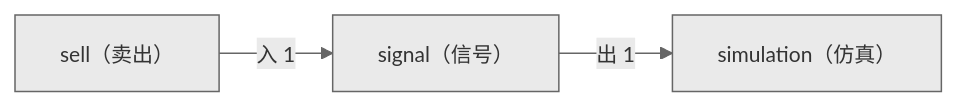
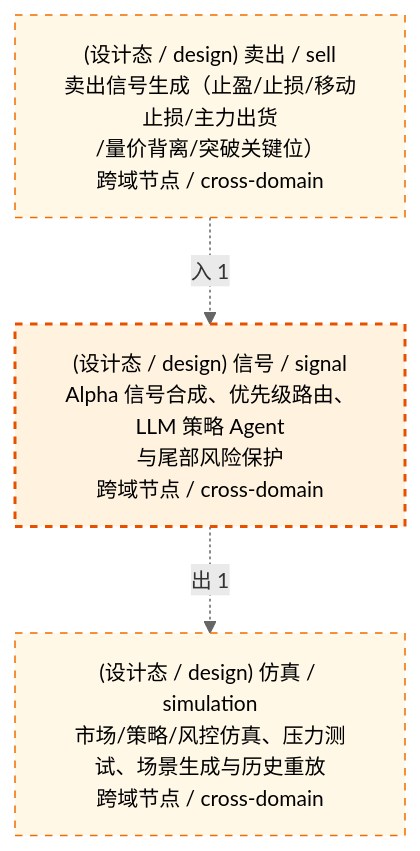
The third of 3 diagrams in docs/02_enterprise_architecture/06_decision_architecture/11_decision_l2a_signal.md (xuanFelixVan/ZephyrAlpha), drawn with Mermaid before and after one commit. The commit also changed other lines of this file and 23 other files, not shown here.

First line of the commit message:
feat(decisiongraph): 决策流图生成器模板 V1.2 全面升级——严格三视图+四要素标签+classDef四色+HTML联动

````diff
--- a/docs/02_enterprise_architecture/06_decision_architecture/11_decision_l2a_signal.md
+++ b/docs/02_enterprise_architecture/06_decision_architecture/11_decision_l2a_signal.md
@@ -128,9 +237,15 @@
 ```mermaid
-%%{init: {'theme': 'base', 'themeVariables': {'primaryColor': '#eaeaea', 'primaryTextColor': '#333333', 'primaryBorderColor': '#666666', 'lineColor': '#666666', 'secondaryColor': '#eaeaea', 'tertiaryColor': '#eaeaea', 'fontSize': '14px'}}}%%
-flowchart LR
-    SELF["signal（信号）"]
-    EXT_simulation["simulation（仿真）"]
-    SELF -->|出 1| EXT_simulation
-    EXT_sell["sell（卖出）"]
-    EXT_sell -->|入 1| SELF
+%%{init: {'theme': 'base', 'themeVariables': {'primaryColor': '#eaeaea', 'primaryTextColor': '#333333', 'primaryBorderColor': '#666666', 'lineColor': '#666666', 'secondaryColor': '#eaeaea', 'tertiaryColor': '#eaeaea', 'clusterBkg': 'transparent', 'clusterBorder': 'transparent', 'fontSize': '14px'}}}%%
+flowchart TD
+    SELF["(设计态 / design) 信号 / signal<br/>Alpha 信号合成、优先级路由、LLM 策略 Agent<br/>与尾部风险保护<br/>跨域节点 / cross-domain"]
+    EXT_simulation["(设计态 / design) 仿真 / simulation<br/>市场/策略/风控仿真、压力测试、场景生成与历史重放<br/>跨域节点 / cross-domain"]
+    SELF -.->|出 1| EXT_simulation
+    EXT_sell["(设计态 / design) 卖出 / sell<br/>卖出信号生成（止盈/止损/移动止损/主力出货<br/>/量价背离/突破关键位）<br/>跨域节点 / cross-domain"]
+    EXT_sell -.->|入 1| SELF
+    classDef production fill:#e1f5fe,stroke:#01579b,stroke-width:2px,color:#000
+    classDef design fill:#fff3e0,stroke:#e65100,stroke-width:2px,color:#000,stroke-dasharray: 5 5
+    classDef external_prod fill:#e8f4fd,stroke:#0277bd,stroke-width:1px,color:#000
+    classDef external_design fill:#fff8e7,stroke:#ef6c00,stroke-width:1px,color:#000,stroke-dasharray: 5 5
+    class SELF design
+    class EXT_simulation,EXT_sell external_design
 ```
````
